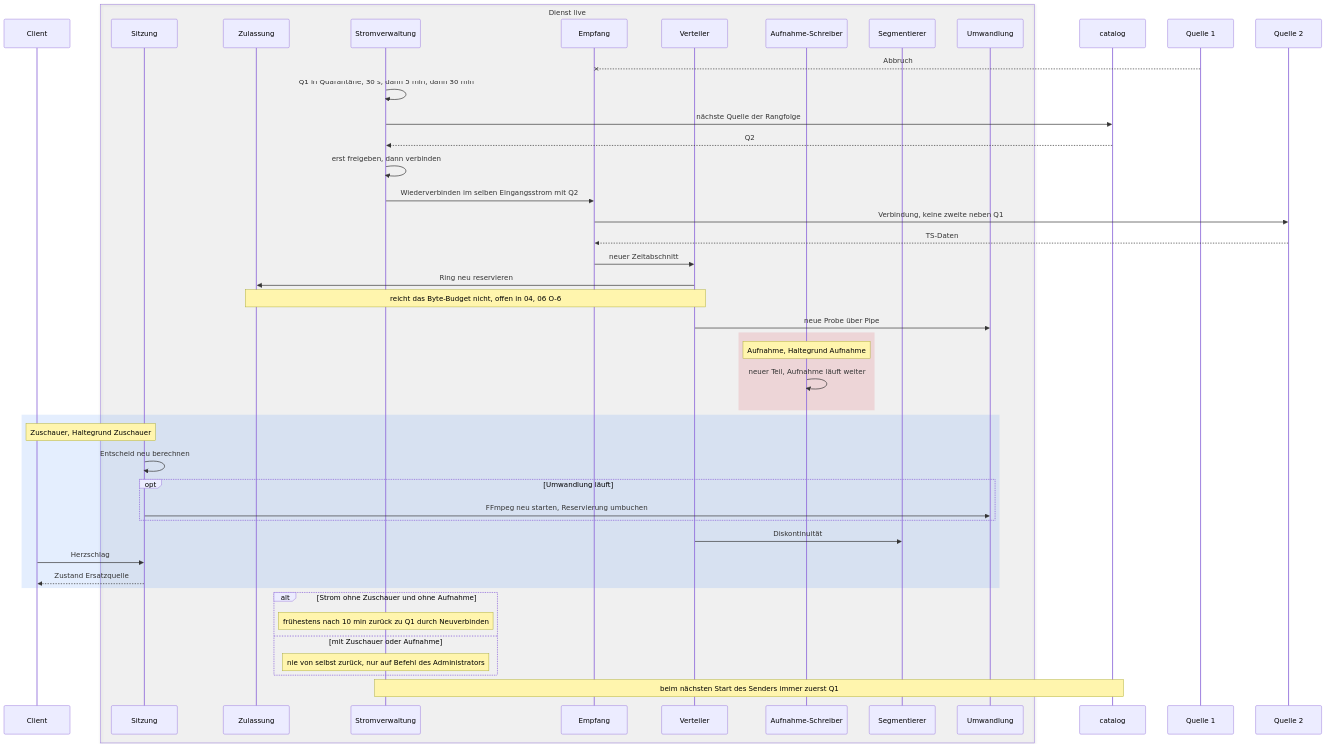
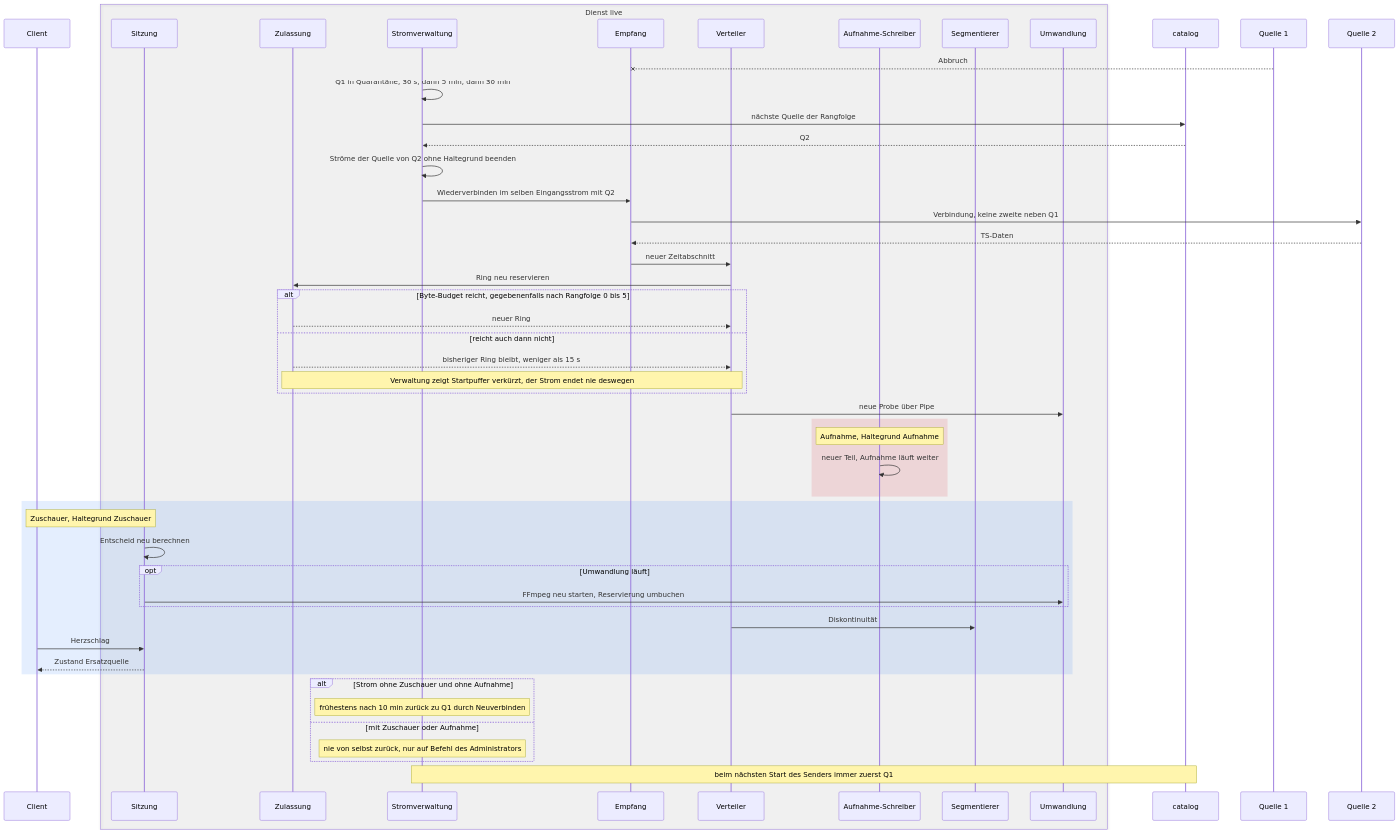
One commit to SlouchCat/slouchcat changed diagram 11 of 22 in docs/planning/28-live-tv/06-ablaeufe.md. Above: the diagram before and after it, drawn with Mermaid. The commit also changed other lines of this file, not shown here.

Commit message:
docs(planning): concept 28 live TV, flows after consolidation 1

````diff
--- a/docs/planning/28-live-tv/06-ablaeufe.md
+++ b/docs/planning/28-live-tv/06-ablaeufe.md
@@ -815,50 +851,55 @@
 ```mermaid
 sequenceDiagram
   participant CL as Client
   box rgba(128,128,128,0.08) Dienst live
     participant SES as Sitzung
     participant ZUL as Zulassung
     participant STR as Stromverwaltung
     participant EMP as Empfang
     participant VT as Verteiler
     participant AUF as Aufnahme-Schreiber
     participant SEG as Segmentierer
     participant UW as Umwandlung
   end
   participant CAT as catalog
   participant Q1 as Quelle 1
   participant Q2 as Quelle 2
 
   Q1--xEMP: Abbruch
   STR->>STR: Q1 in Quarantäne, 30 s, dann 5 min, dann 30 min
   STR->>CAT: nächste Quelle der Rangfolge
   CAT-->>STR: Q2
-  STR->>STR: erst freigeben, dann verbinden
+  STR->>STR: Ströme der Quelle von Q2 ohne Haltegrund beenden
   STR->>EMP: Wiederverbinden im selben Eingangsstrom mit Q2
   EMP->>Q2: Verbindung, keine zweite neben Q1
   Q2-->>EMP: TS-Daten
   EMP->>VT: neuer Zeitabschnitt
   VT->>ZUL: Ring neu reservieren
-  Note over VT,ZUL: reicht das Byte-Budget nicht, offen in 04, 06 O-6
+  alt Byte-Budget reicht, gegebenenfalls nach Rangfolge 0 bis 5
+    ZUL-->>VT: neuer Ring
+  else reicht auch dann nicht
+    ZUL-->>VT: bisheriger Ring bleibt, weniger als 15 s
+    Note over VT,ZUL: Verwaltung zeigt Startpuffer verkürzt, der Strom endet nie deswegen
+  end
   VT->>UW: neue Probe über Pipe
   rect rgba(220,53,69,0.14)
     Note over AUF: Aufnahme, Haltegrund Aufnahme
     AUF->>AUF: neuer Teil, Aufnahme läuft weiter
   end
   rect rgba(66,135,245,0.14)
     Note over CL,SES: Zuschauer, Haltegrund Zuschauer
     SES->>SES: Entscheid neu berechnen
     opt Umwandlung läuft
       SES->>UW: FFmpeg neu starten, Reservierung umbuchen
     end
     VT->>SEG: Diskontinuität
     CL->>SES: Herzschlag
     SES-->>CL: Zustand Ersatzquelle
   end
   alt Strom ohne Zuschauer und ohne Aufnahme
     Note over STR: frühestens nach 10 min zurück zu Q1 durch Neuverbinden
   else mit Zuschauer oder Aufnahme
     Note over STR: nie von selbst zurück, nur auf Befehl des Administrators
   end
   Note over STR,CAT: beim nächsten Start des Senders immer zuerst Q1
 ```
````
